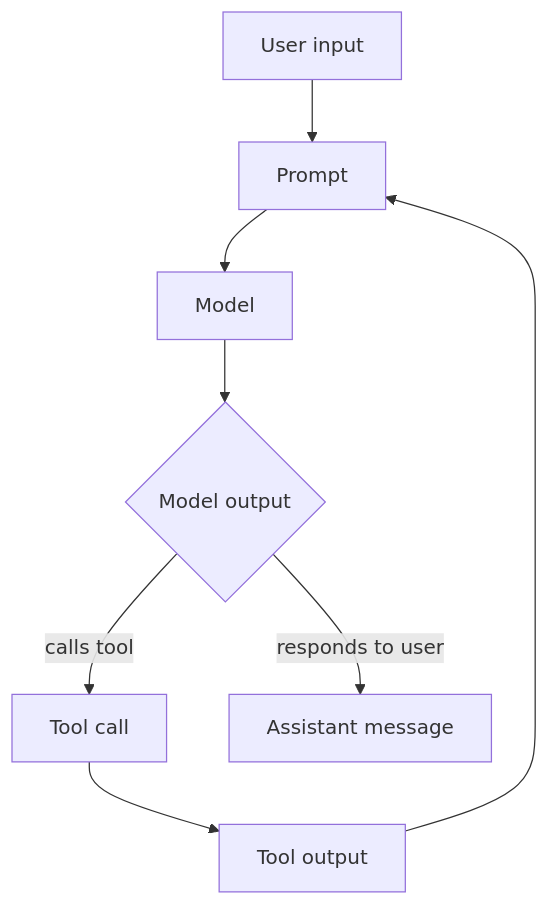
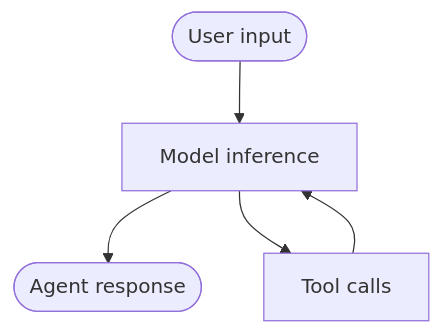
Before and after one commit to wisdom-in-a-nutshell/.agents: the diagram in skills-source/owned/codex-agent-loop/references/unrolling-the-codex-agent-loop-source.md, drawn with Mermaid.

Commit message:
Codex: 2026-03-09 20:45:32Z

````diff
--- a/skills-source/owned/codex-agent-loop/references/unrolling-the-codex-agent-loop-source.md
+++ b/skills-source/owned/codex-agent-loop/references/unrolling-the-codex-agent-loop-source.md
@@ -21,18 +21,12 @@
 ```mermaid
 flowchart TD
-    U[User input]
-    P[Prompt]
-    M[Model]
-    D{Model output}
-    T[Tool call]
-    O[Tool output]
-    A[Assistant message]
+    U([User input])
+    M[Model inference]
+    A([Agent response])
+    T[Tool calls]
 
-    U --> P
-    P --> M
-    M --> D
-    D -->|calls tool| T
-    T --> O
-    O --> P
-    D -->|responds to user| A
+    U --> M
+    M --> A
+    M --> T
+    T --> M
 ```
````
